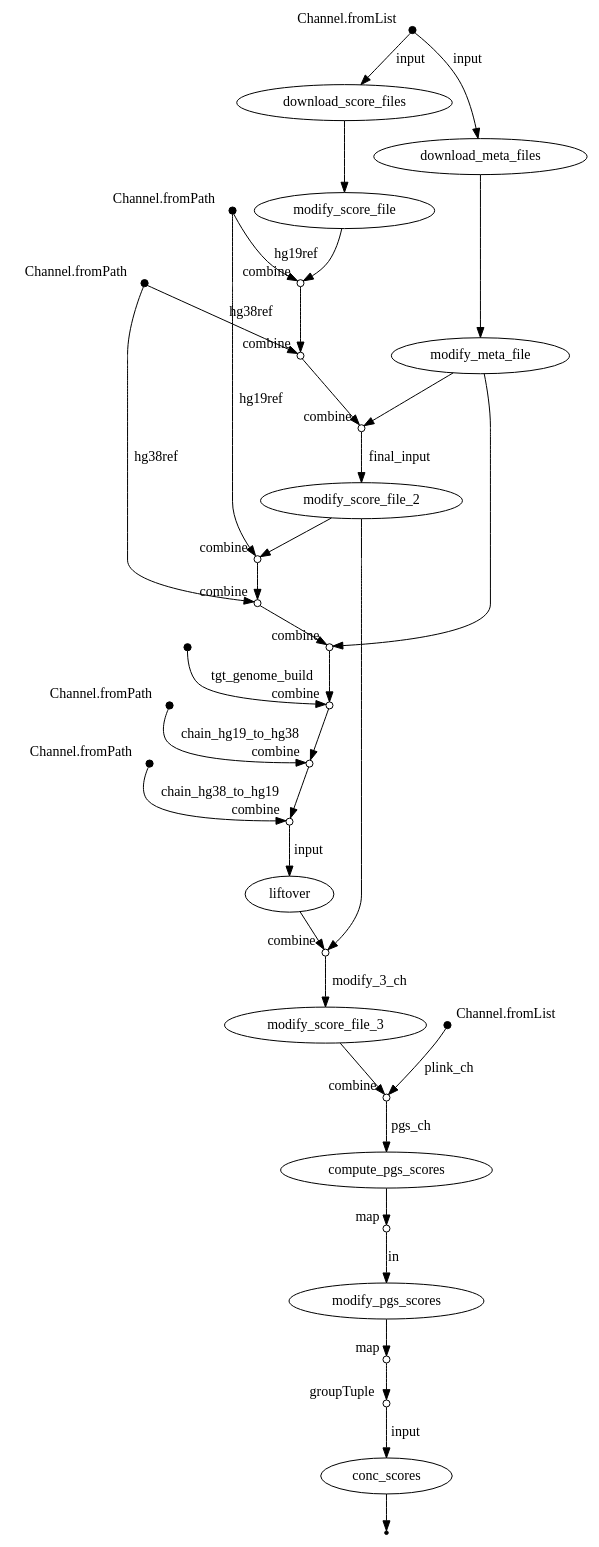
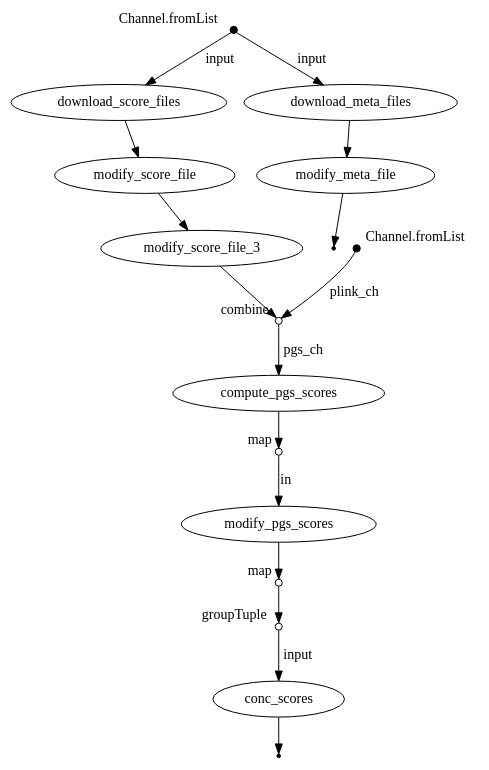
The diagram in output/pipeline_info/pipeline_dag.dot (nanjalaruth/PRS-Analysis-Nextflow-Pipeline), drawn with Graphviz before and after one commit. The commit also changed 2 other files, not shown here.

```diff
--- a/output/pipeline_info/pipeline_dag.dot
+++ b/output/pipeline_info/pipeline_dag.dot
@@ -1,146 +1,62 @@
 digraph "pipeline_dag" {
 v0 [shape=point,label="",fixedsize=true,width=0.1,xlabel="Channel.fromList"];
 v1 [label="download_score_files"];
 v0 -> v1 [label="input"];
 
 v1 [label="download_score_files"];
-v4 [label="modify_score_file"];
-v1 -> v4;
+v5 [label="modify_score_file"];
+v1 -> v5;
 
 v0 [shape=point,label="",fixedsize=true,width=0.1,xlabel="Channel.fromList"];
 v2 [label="download_meta_files"];
 v0 -> v2 [label="input"];
 
 v2 [label="download_meta_files"];
 v3 [label="modify_meta_file"];
 v2 -> v3;
 
 v3 [label="modify_meta_file"];
-v9 [shape=circle,label="",fixedsize=true,width=0.1,xlabel="combine"];
-v3 -> v9;
+v4 [shape=point];
+v3 -> v4;
 
-v4 [label="modify_score_file"];
-v7 [shape=circle,label="",fixedsize=true,width=0.1,xlabel="combine"];
-v4 -> v7;
+v5 [label="modify_score_file"];
+v6 [label="modify_score_file_3"];
+v5 -> v6;
 
-v5 [shape=point,label="",fixedsize=true,width=0.1,xlabel="Channel.fromPath"];
-v7 [shape=circle,label="",fixedsize=true,width=0.1,xlabel="combine"];
-v5 -> v7 [label="hg19ref"];
+v6 [label="modify_score_file_3"];
+v8 [shape=circle,label="",fixedsize=true,width=0.1,xlabel="combine"];
+v6 -> v8;
 
-v6 [shape=point,label="",fixedsize=true,width=0.1,xlabel="Channel.fromPath"];
+v7 [shape=point,label="",fixedsize=true,width=0.1,xlabel="Channel.fromList"];
 v8 [shape=circle,label="",fixedsize=true,width=0.1,xlabel="combine"];
-v6 -> v8 [label="hg38ref"];
-
-v7 [shape=circle,label="",fixedsize=true,width=0.1,xlabel="combine"];
-v8 [shape=circle,label="",fixedsize=true,width=0.1,xlabel="combine"];
-v7 -> v8;
+v7 -> v8 [label="plink_ch"];
 
 v8 [shape=circle,label="",fixedsize=true,width=0.1,xlabel="combine"];
-v9 [shape=circle,label="",fixedsize=true,width=0.1,xlabel="combine"];
-v8 -> v9;
+v9 [label="compute_pgs_scores"];
+v8 -> v9 [label="pgs_ch"];
 
-v9 [shape=circle,label="",fixedsize=true,width=0.1,xlabel="combine"];
-v10 [label="modify_score_file_2"];
-v9 -> v10 [label="final_input"];
+v9 [label="compute_pgs_scores"];
+v10 [shape=circle,label="",fixedsize=true,width=0.1,xlabel="map"];
+v9 -> v10;
 
-v10 [label="modify_score_file_2"];
-v13 [shape=circle,label="",fixedsize=true,width=0.1,xlabel="combine"];
-v10 -> v13;
+v10 [shape=circle,label="",fixedsize=true,width=0.1,xlabel="map"];
+v11 [label="modify_pgs_scores"];
+v10 -> v11 [label="in"];
 
-v11 [shape=point,label="",fixedsize=true,width=0.1,xlabel="Channel.fromPath"];
-v18 [shape=circle,label="",fixedsize=true,width=0.1,xlabel="combine"];
-v11 -> v18 [label="chain_hg19_to_hg38"];
+v11 [label="modify_pgs_scores"];
+v12 [shape=circle,label="",fixedsize=true,width=0.1,xlabel="map"];
+v11 -> v12;
 
-v12 [shape=point,label="",fixedsize=true,width=0.1,xlabel="Channel.fromPath"];
-v19 [shape=circle,label="",fixedsize=true,width=0.1,xlabel="combine"];
-v12 -> v19 [label="chain_hg38_to_hg19"];
+v12 [shape=circle,label="",fixedsize=true,width=0.1,xlabel="map"];
+v13 [shape=circle,label="",fixedsize=true,width=0.1,xlabel="groupTuple"];
+v12 -> v13;
 
-v5 [shape=point,label="",fixedsize=true,width=0.1,xlabel="Channel.fromPath"];
-v13 [shape=circle,label="",fixedsize=true,width=0.1,xlabel="combine"];
-v5 -> v13 [label="hg19ref"];
+v13 [shape=circle,label="",fixedsize=true,width=0.1,xlabel="groupTuple"];
+v14 [label="conc_scores"];
+v13 -> v14 [label="input"];
 
-v13 [shape=circle,label="",fixedsize=true,width=0.1,xlabel="combine"];
-v14 [shape=circle,label="",fixedsize=true,width=0.1,xlabel="combine"];
-v13 -> v14;
-
-v6 [shape=point,label="",fixedsize=true,width=0.1,xlabel="Channel.fromPath"];
-v14 [shape=circle,label="",fixedsize=true,width=0.1,xlabel="combine"];
-v6 -> v14 [label="hg38ref"];
-
-v14 [shape=circle,label="",fixedsize=true,width=0.1,xlabel="combine"];
-v15 [shape=circle,label="",fixedsize=true,width=0.1,xlabel="combine"];
+v14 [label="conc_scores"];
+v15 [shape=point];
 v14 -> v15;
 
-v3 [label="modify_meta_file"];
-v15 [shape=circle,label="",fixedsize=true,width=0.1,xlabel="combine"];
-v3 -> v15;
-
-v15 [shape=circle,label="",fixedsize=true,width=0.1,xlabel="combine"];
-v17 [shape=circle,label="",fixedsize=true,width=0.1,xlabel="combine"];
-v15 -> v17;
-
-v16 [shape=point,label="",fixedsize=true,width=0.1];
-v17 [shape=circle,label="",fixedsize=true,width=0.1,xlabel="combine"];
-v16 -> v17 [label="tgt_genome_build"];
-
-v17 [shape=circle,label="",fixedsize=true,width=0.1,xlabel="combine"];
-v18 [shape=circle,label="",fixedsize=true,width=0.1,xlabel="combine"];
-v17 -> v18;
-
-v18 [shape=circle,label="",fixedsize=true,width=0.1,xlabel="combine"];
-v19 [shape=circle,label="",fixedsize=true,width=0.1,xlabel="combine"];
-v18 -> v19;
-
-v19 [shape=circle,label="",fixedsize=true,width=0.1,xlabel="combine"];
-v20 [label="liftover"];
-v19 -> v20 [label="input"];
-
-v20 [label="liftover"];
-v21 [shape=circle,label="",fixedsize=true,width=0.1,xlabel="combine"];
-v20 -> v21;
-
-v10 [label="modify_score_file_2"];
-v21 [shape=circle,label="",fixedsize=true,width=0.1,xlabel="combine"];
-v10 -> v21;
-
-v21 [shape=circle,label="",fixedsize=true,width=0.1,xlabel="combine"];
-v22 [label="modify_score_file_3"];
-v21 -> v22 [label="modify_3_ch"];
-
-v22 [label="modify_score_file_3"];
-v24 [shape=circle,label="",fixedsize=true,width=0.1,xlabel="combine"];
-v22 -> v24;
-
-v23 [shape=point,label="",fixedsize=true,width=0.1,xlabel="Channel.fromList"];
-v24 [shape=circle,label="",fixedsize=true,width=0.1,xlabel="combine"];
-v23 -> v24 [label="plink_ch"];
-
-v24 [shape=circle,label="",fixedsize=true,width=0.1,xlabel="combine"];
-v25 [label="compute_pgs_scores"];
-v24 -> v25 [label="pgs_ch"];
-
-v25 [label="compute_pgs_scores"];
-v26 [shape=circle,label="",fixedsize=true,width=0.1,xlabel="map"];
-v25 -> v26;
-
-v26 [shape=circle,label="",fixedsize=true,width=0.1,xlabel="map"];
-v27 [label="modify_pgs_scores"];
-v26 -> v27 [label="in"];
-
-v27 [label="modify_pgs_scores"];
-v28 [shape=circle,label="",fixedsize=true,width=0.1,xlabel="map"];
-v27 -> v28;
-
-v28 [shape=circle,label="",fixedsize=true,width=0.1,xlabel="map"];
-v29 [shape=circle,label="",fixedsize=true,width=0.1,xlabel="groupTuple"];
-v28 -> v29;
-
-v29 [shape=circle,label="",fixedsize=true,width=0.1,xlabel="groupTuple"];
-v30 [label="conc_scores"];
-v29 -> v30 [label="input"];
-
-v30 [label="conc_scores"];
-v31 [shape=point];
-v30 -> v31;
-
 }
```
